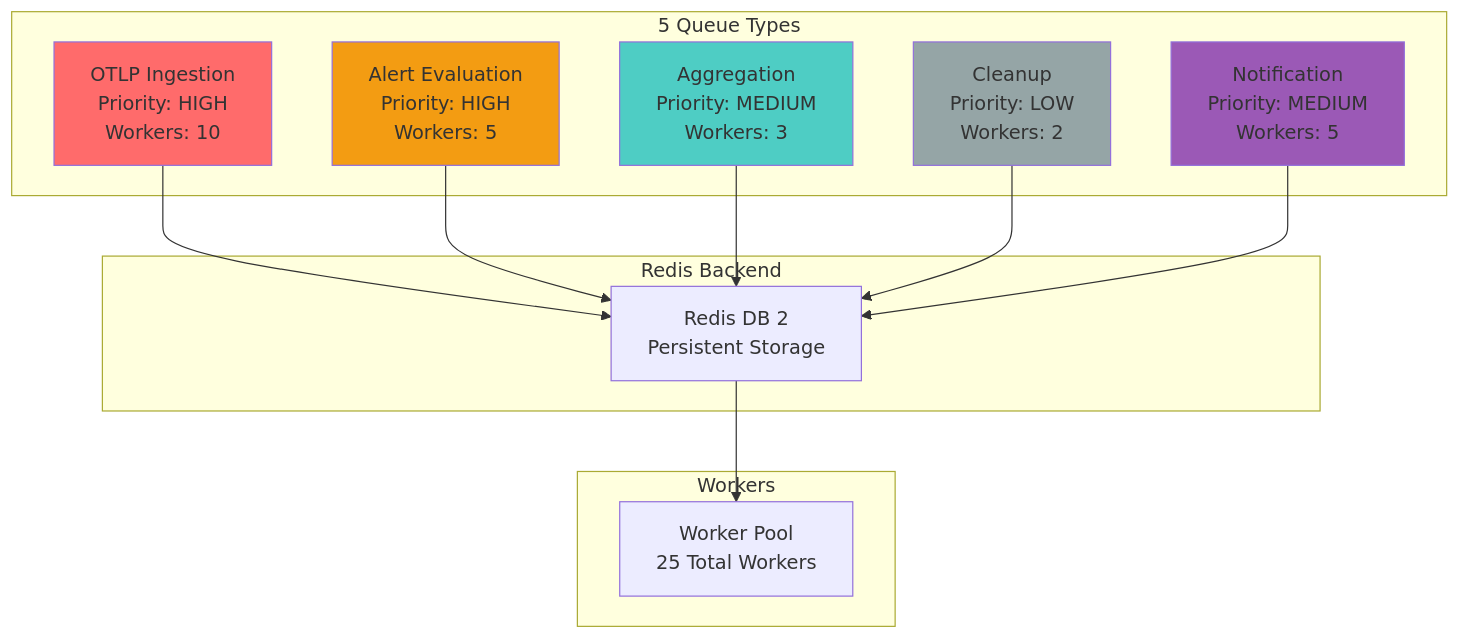
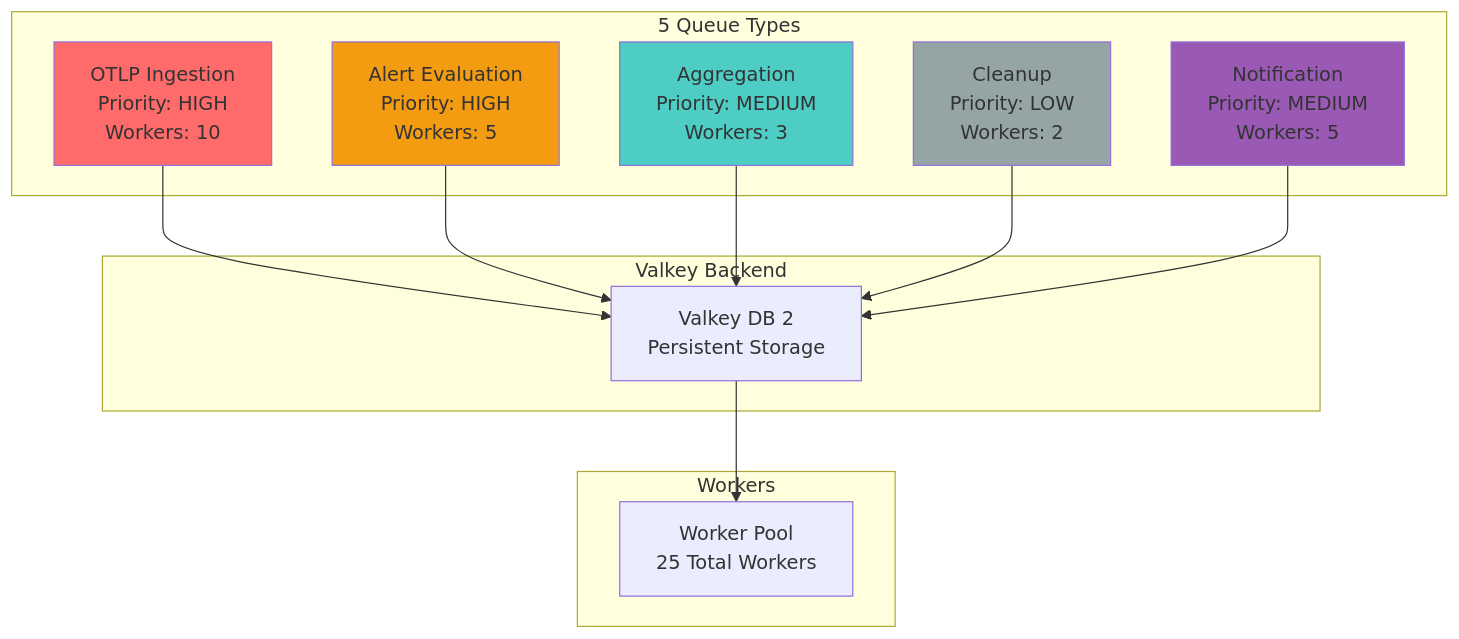
One commit to telemetryflow/telemetryflow-overview changed the second of 9 diagrams in backend/shared/queue.md. Above: the diagram before and after it, drawn with Mermaid. The commit also changed other lines of this file and 23 other files, not shown here.

First line of the commit message:
docs: relabel Redis->Valkey in architecture/diagrams/prose (follow-up sweep)

````diff
--- a/backend/shared/queue.md
+++ b/backend/shared/queue.md
@@ -49,32 +49,32 @@
 ```mermaid
 graph TB
     subgraph "5 Queue Types"
         Q1[OTLP Ingestion<br/>Priority: HIGH<br/>Workers: 10]
         Q2[Alert Evaluation<br/>Priority: HIGH<br/>Workers: 5]
         Q3[Aggregation<br/>Priority: MEDIUM<br/>Workers: 3]
         Q4[Cleanup<br/>Priority: LOW<br/>Workers: 2]
         Q5[Notification<br/>Priority: MEDIUM<br/>Workers: 5]
     end
 
-    subgraph "Redis Backend"
-        R[Redis DB 2<br/>Persistent Storage]
+    subgraph "Valkey Backend"
+        R[Valkey DB 2<br/>Persistent Storage]
     end
 
     subgraph "Workers"
         W1[Worker Pool<br/>25 Total Workers]
     end
 
     Q1 --> R
     Q2 --> R
     Q3 --> R
     Q4 --> R
     Q5 --> R
 
     R --> W1
 
     style Q1 fill:#ff6b6b
     style Q2 fill:#f39c12
     style Q3 fill:#4ecdc4
     style Q4 fill:#95a5a6
     style Q5 fill:#9b59b6
 ```
````
